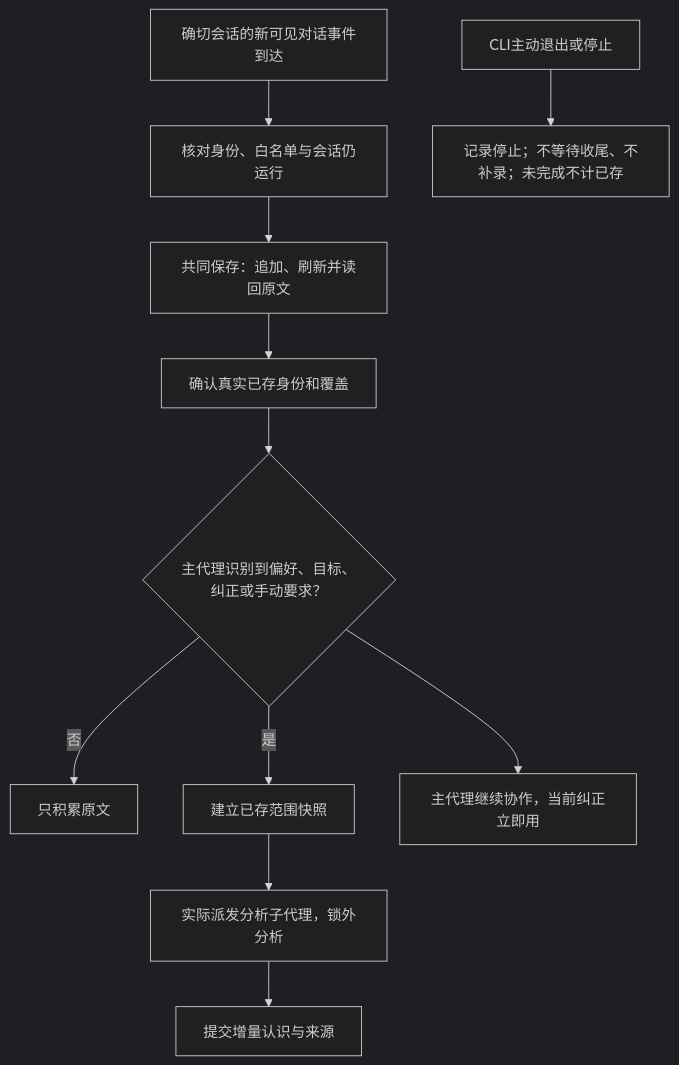
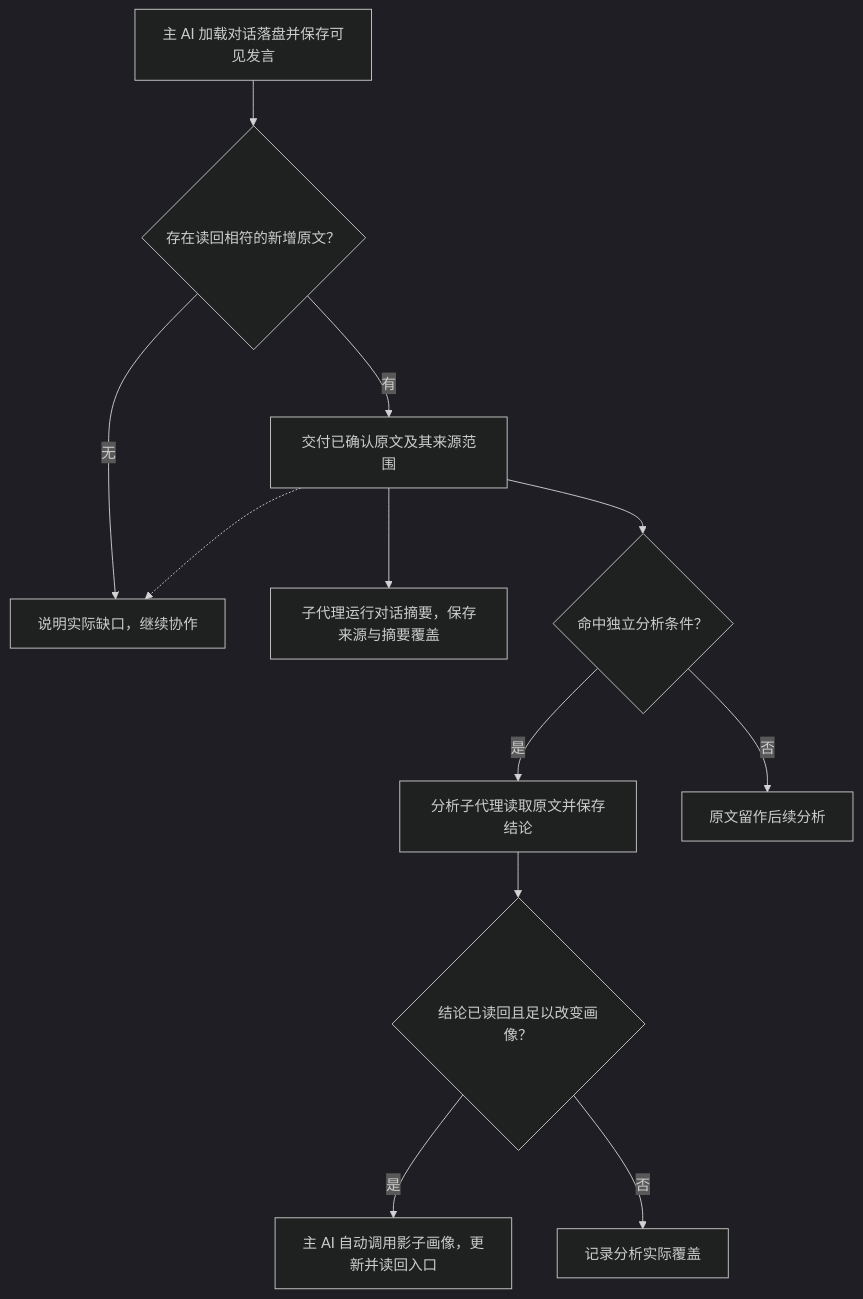
Before and after one commit to Ena-Heleneto/agent-foundry: the first of 17 diagrams in specs/skills/20261029-speckit-workflow-foundation/diagrams.md, drawn with Mermaid (dark theme). The commit also changed other lines of this file and 124 other files, not shown here.

````diff
--- a/specs/skills/20261029-speckit-workflow-foundation/diagrams.md
+++ b/specs/skills/20261029-speckit-workflow-foundation/diagrams.md
@@ -7,13 +9,14 @@
 ```mermaid
 flowchart TD
-    E["确切会话的新可见对话事件到达"] --> V["核对身份、白名单与会话仍运行"]
-    V --> W["共同保存：追加、刷新并读回原文"]
-    W --> K["确认真实已存身份和覆盖"]
-    K --> M{"主代理识别到偏好、目标、纠正或手动要求？"}
-    M -->|否| A["只积累原文"]
-    M -->|是| S["建立已存范围快照"]
-    S --> B["实际派发分析子代理，锁外分析"]
-    M --> C["主代理继续协作，当前纠正立即用"]
-    B --> P["提交增量认识与来源"]
-    Q["CLI主动退出或停止"] --> X["记录停止；不等待收尾、不补录；未完成不计已存"]
+    A["主 AI 加载对话落盘并保存可见发言"] --> B{"存在读回相符的新增原文？"}
+    B -->|有| C["交付已确认原文及其来源范围"]
+    B -->|无| G["说明实际缺口，继续协作"]
+    C --> D["子代理运行对话摘要，保存来源与摘要覆盖"]
+    C --> E{"命中独立分析条件？"}
+    C -.-> G
+    E -->|是| F["分析子代理读取原文并保存结论"]
+    E -->|否| H["原文留作后续分析"]
+    F --> I{"结论已读回且足以改变画像？"}
+    I -->|是| J["主 AI 自动调用影子画像，更新并读回入口"]
+    I -->|否| K["记录分析实际覆盖"]
 ```
````
